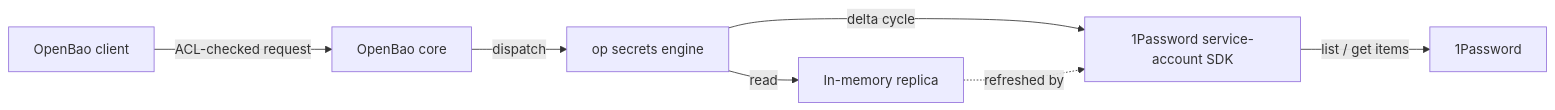
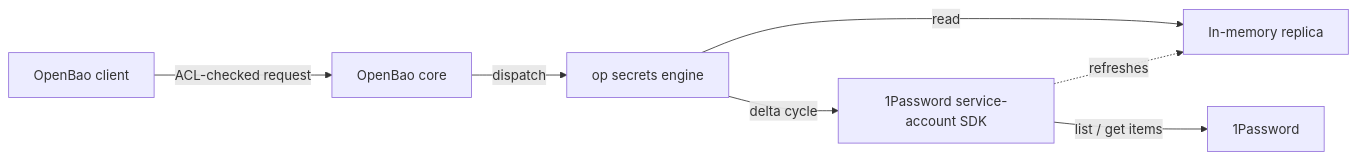
Before and after one commit to NavistAu/openbao-plugin-secrets-onepassword: the diagram in README.md, drawn with Mermaid. The commit also changed other lines of this file and 1 other file, not shown here.

````diff
--- a/README.md
+++ b/README.md
@@ -41,9 +41,9 @@
 ```mermaid
 flowchart LR
     client[OpenBao client] -->|ACL-checked request| openbao[OpenBao core]
     openbao -->|dispatch| engine[op secrets engine]
     engine -->|read| replica[In-memory replica]
     engine -->|delta cycle| sdk[1Password service-account SDK]
     sdk -->|list / get items| onepassword[1Password]
-    replica -.->|refreshed by| sdk
+    sdk -.->|refreshes| replica
 ```
````
